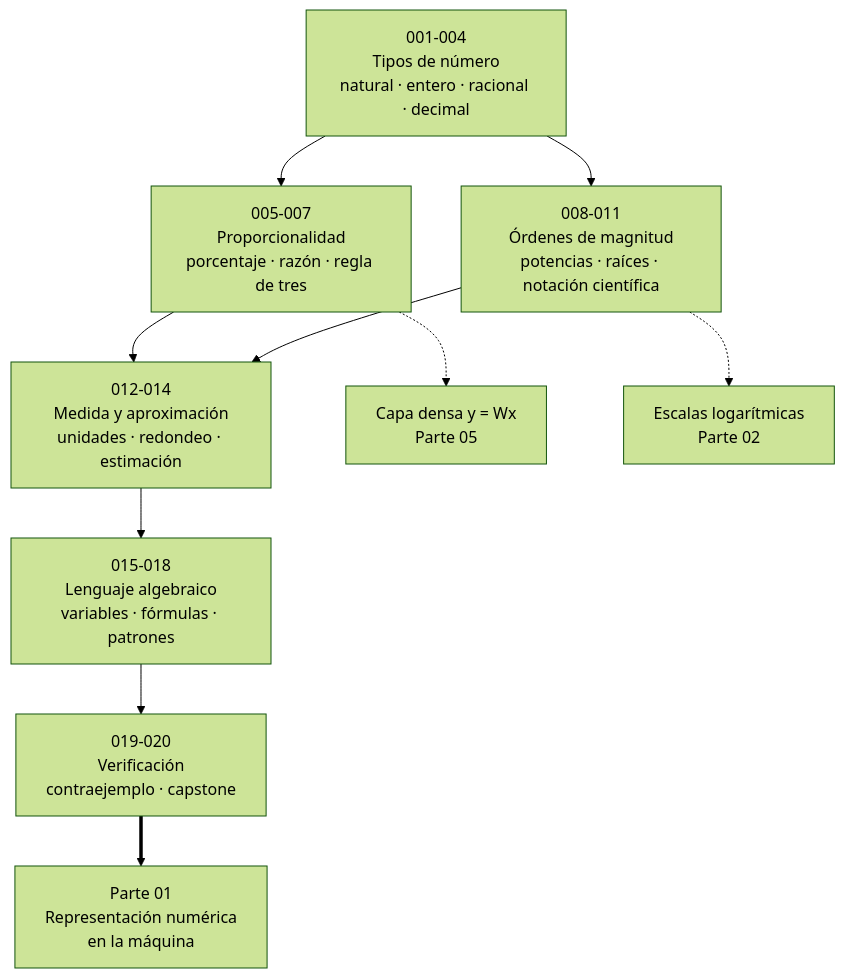
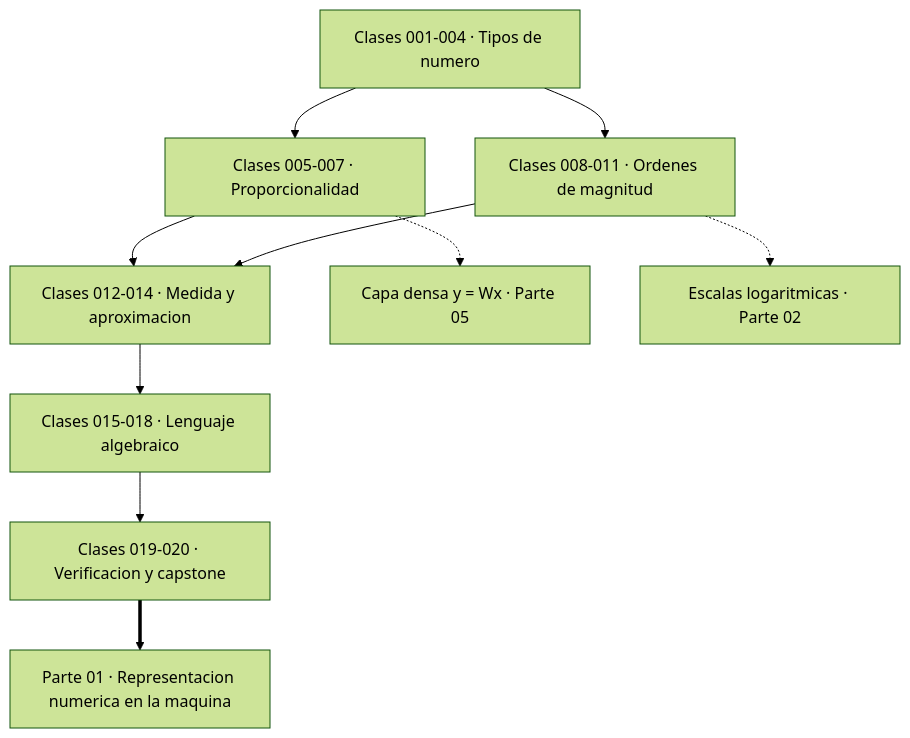
The first of 2 diagrams in classes/part-00-pensamiento-matematico-desde-cero/README.md (vladimiracunadev-create/computational-mathematics-program), drawn with Mermaid (forest theme) before and after one commit. The commit also changed other lines of this file and 389 other files, not shown here.

First line of the commit message:
fix(diagramas): elimina el HTML de las etiquetas Mermaid

````diff
--- a/classes/part-00-pensamiento-matematico-desde-cero/README.md
+++ b/classes/part-00-pensamiento-matematico-desde-cero/README.md
@@ -52,12 +52,12 @@
 ```mermaid
 flowchart TD
-    A["001-004<br/>Tipos de número<br/>natural · entero · racional · decimal"] --> B["005-007<br/>Proporcionalidad<br/>porcentaje · razón · regla de tres"]
-    A --> C["008-011<br/>Órdenes de magnitud<br/>potencias · raíces · notación científica"]
-    B --> D["012-014<br/>Medida y aproximación<br/>unidades · redondeo · estimación"]
+    A["Clases 001-004 · Tipos de numero"] --> B["Clases 005-007 · Proporcionalidad"]
+    A --> C["Clases 008-011 · Ordenes de magnitud"]
+    B --> D["Clases 012-014 · Medida y aproximacion"]
     C --> D
-    D --> E["015-018<br/>Lenguaje algebraico<br/>variables · fórmulas · patrones"]
-    E --> F["019-020<br/>Verificación<br/>contraejemplo · capstone"]
-    F ==> G["Parte 01<br/>Representación numérica<br/>en la máquina"]
-    B -.-> H["Capa densa y = Wx<br/>Parte 05"]
-    C -.-> I["Escalas logarítmicas<br/>Parte 02"]
+    D --> E["Clases 015-018 · Lenguaje algebraico"]
+    E --> F["Clases 019-020 · Verificacion y capstone"]
+    F ==> G["Parte 01 · Representacion numerica en la maquina"]
+    B -.-> H["Capa densa y = Wx · Parte 05"]
+    C -.-> I["Escalas logaritmicas · Parte 02"]
 ```
````
